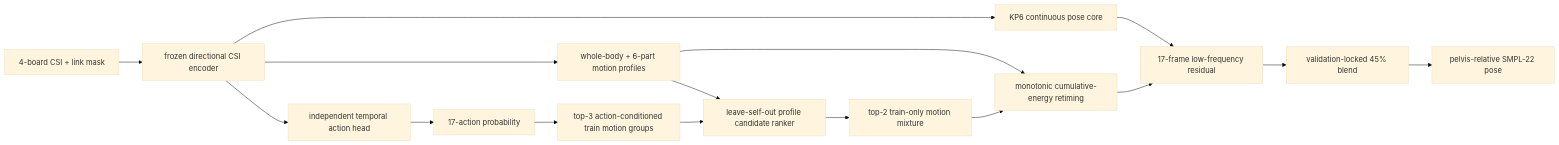
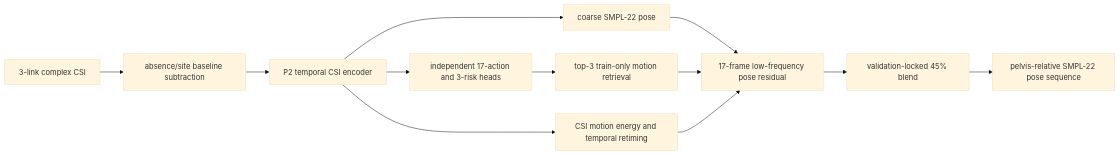
Before and after one commit to jjyoon012-git/NotiFi: the diagram in CSI-to-Pose/README.md, drawn with Mermaid (base theme). The commit also changed other lines of this file and 85 other files, not shown here.

````diff
--- a/CSI-to-Pose/README.md
+++ b/CSI-to-Pose/README.md
@@ -352,18 +12,14 @@
 ```mermaid
 flowchart LR
-    A["4-board CSI + link mask"] --> B["frozen directional CSI encoder"]
-    B --> C["KP6 continuous pose core"]
-    B --> D["independent temporal action head"]
-    D --> E["17-action probability"]
-    B --> F["whole-body + 6-part motion profiles"]
-    E --> G["top-3 action-conditioned train motion groups"]
-    F --> H["leave-self-out profile candidate ranker"]
+    A["3-link complex CSI"] --> B["absence/site baseline subtraction"]
+    B --> C["P2 temporal CSI encoder"]
+    C --> D["coarse SMPL-22 pose"]
+    C --> E["independent 17-action and 3-risk heads"]
+    E --> F["top-3 train-only motion retrieval"]
+    C --> G["CSI motion energy and temporal retiming"]
+    D --> H["17-frame low-frequency pose residual"]
+    F --> H
     G --> H
-    H --> I["top-2 train-only motion mixture"]
-    F --> J["monotonic cumulative-energy retiming"]
-    I --> J
-    C --> K["17-frame low-frequency residual"]
-    J --> K
-    K --> L["validation-locked 45% blend"]
-    L --> M["pelvis-relative SMPL-22 pose"]
+    H --> I["validation-locked 45% blend"]
+    I --> J["pelvis-relative SMPL-22 pose sequence"]
 ```
````
